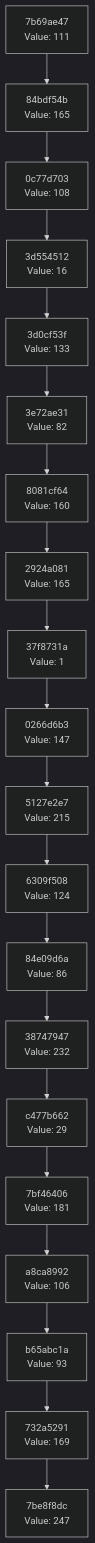
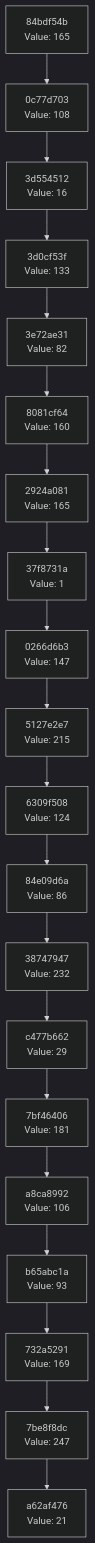
Before and after one commit to Abhisheksinha1506/hash-chain-evolver: the diagram in docs/CHAIN_VISUALIZATION.md, drawn with Mermaid (dark theme). The commit also changed 3 other files, not shown here.

````diff
--- a/docs/CHAIN_VISUALIZATION.md
+++ b/docs/CHAIN_VISUALIZATION.md
@@ -3,42 +3,42 @@
 ```mermaid
 graph TD
-    C0["7be8f8dc<br/>Value: 247"]
-    C1["732a5291<br/>Value: 169"]
+    C0["a62af476<br/>Value: 21"]
+    C1["7be8f8dc<br/>Value: 247"]
     C1 --> C0
-    C2["b65abc1a<br/>Value: 93"]
+    C2["732a5291<br/>Value: 169"]
     C2 --> C1
-    C3["a8ca8992<br/>Value: 106"]
+    C3["b65abc1a<br/>Value: 93"]
     C3 --> C2
-    C4["7bf46406<br/>Value: 181"]
+    C4["a8ca8992<br/>Value: 106"]
     C4 --> C3
-    C5["c477b662<br/>Value: 29"]
+    C5["7bf46406<br/>Value: 181"]
     C5 --> C4
-    C6["38747947<br/>Value: 232"]
+    C6["c477b662<br/>Value: 29"]
     C6 --> C5
-    C7["84e09d6a<br/>Value: 86"]
+    C7["38747947<br/>Value: 232"]
     C7 --> C6
-    C8["6309f508<br/>Value: 124"]
+    C8["84e09d6a<br/>Value: 86"]
     C8 --> C7
-    C9["5127e2e7<br/>Value: 215"]
+    C9["6309f508<br/>Value: 124"]
     C9 --> C8
-    C10["0266d6b3<br/>Value: 147"]
+    C10["5127e2e7<br/>Value: 215"]
     C10 --> C9
-    C11["37f8731a<br/>Value: 1"]
+    C11["0266d6b3<br/>Value: 147"]
     C11 --> C10
-    C12["2924a081<br/>Value: 165"]
+    C12["37f8731a<br/>Value: 1"]
     C12 --> C11
-    C13["8081cf64<br/>Value: 160"]
+    C13["2924a081<br/>Value: 165"]
     C13 --> C12
-    C14["3e72ae31<br/>Value: 82"]
+    C14["8081cf64<br/>Value: 160"]
     C14 --> C13
-    C15["3d0cf53f<br/>Value: 133"]
+    C15["3e72ae31<br/>Value: 82"]
     C15 --> C14
-    C16["3d554512<br/>Value: 16"]
+    C16["3d0cf53f<br/>Value: 133"]
     C16 --> C15
-    C17["0c77d703<br/>Value: 108"]
+    C17["3d554512<br/>Value: 16"]
     C17 --> C16
-    C18["84bdf54b<br/>Value: 165"]
+    C18["0c77d703<br/>Value: 108"]
     C18 --> C17
-    C19["7b69ae47<br/>Value: 111"]
+    C19["84bdf54b<br/>Value: 165"]
     C19 --> C18
 ```
````
